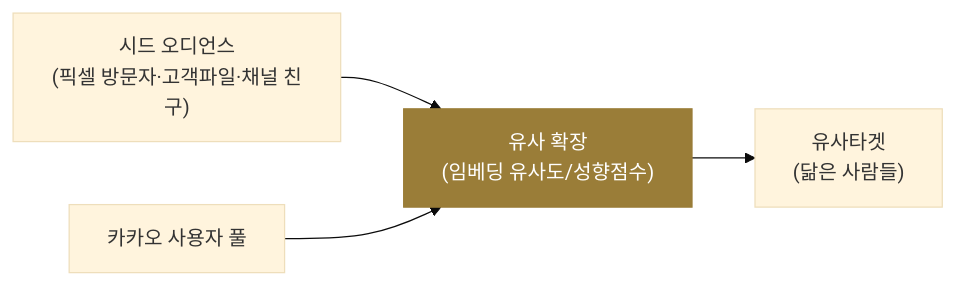
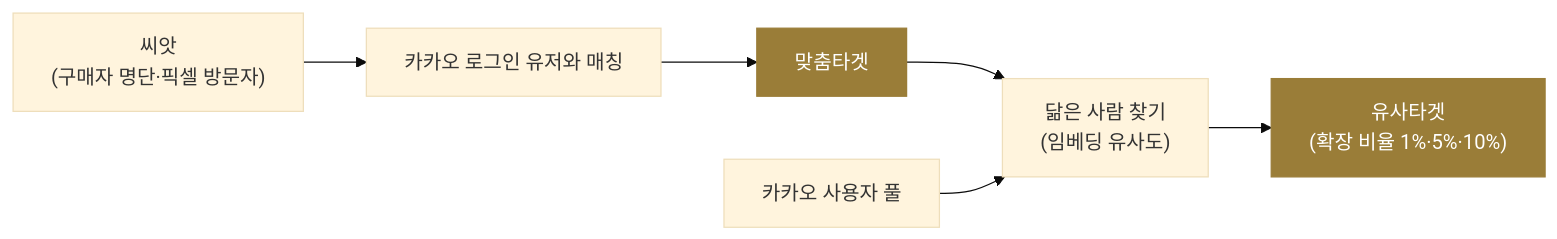
The second of 2 diagrams in posts/kakao-ads-prediction-targeting.md (chkimsu/adtech-blog), drawn with Mermaid (base theme) before and after one commit. The commit also changed other lines of this file and 7 other files, not shown here.

````diff
--- a/posts/kakao-ads-prediction-targeting.md
+++ b/posts/kakao-ads-prediction-targeting.md
@@ -51,7 +214,10 @@
 ```mermaid
 graph LR
-    SEED["시드 오디언스<br/>(픽셀 방문자·고객파일·채널 친구)"] --> EXP["유사 확장<br/>(임베딩 유사도/성향점수)"]
-    POOL["카카오 사용자 풀"] --> EXP
-    EXP --> LAL["유사타겟<br/>(닮은 사람들)"]
-    style EXP fill:#9a7d38,stroke:#9a7d38,color:#fff
+    SEED["씨앗<br/>(구매자 명단·픽셀 방문자)"] --> MATCH["카카오 로그인 유저와 매칭"]
+    MATCH --> CUSTOM["맞춤타겟"]
+    CUSTOM --> EXPAND["닮은 사람 찾기<br/>(임베딩 유사도)"]
+    POOL["카카오 사용자 풀"] --> EXPAND
+    EXPAND --> LAL["유사타겟<br/>(확장 비율 1%·5%·10%)"]
+    style CUSTOM fill:#9a7d38,stroke:#9a7d38,color:#fff
+    style LAL fill:#9a7d38,stroke:#9a7d38,color:#fff
 ```
````
